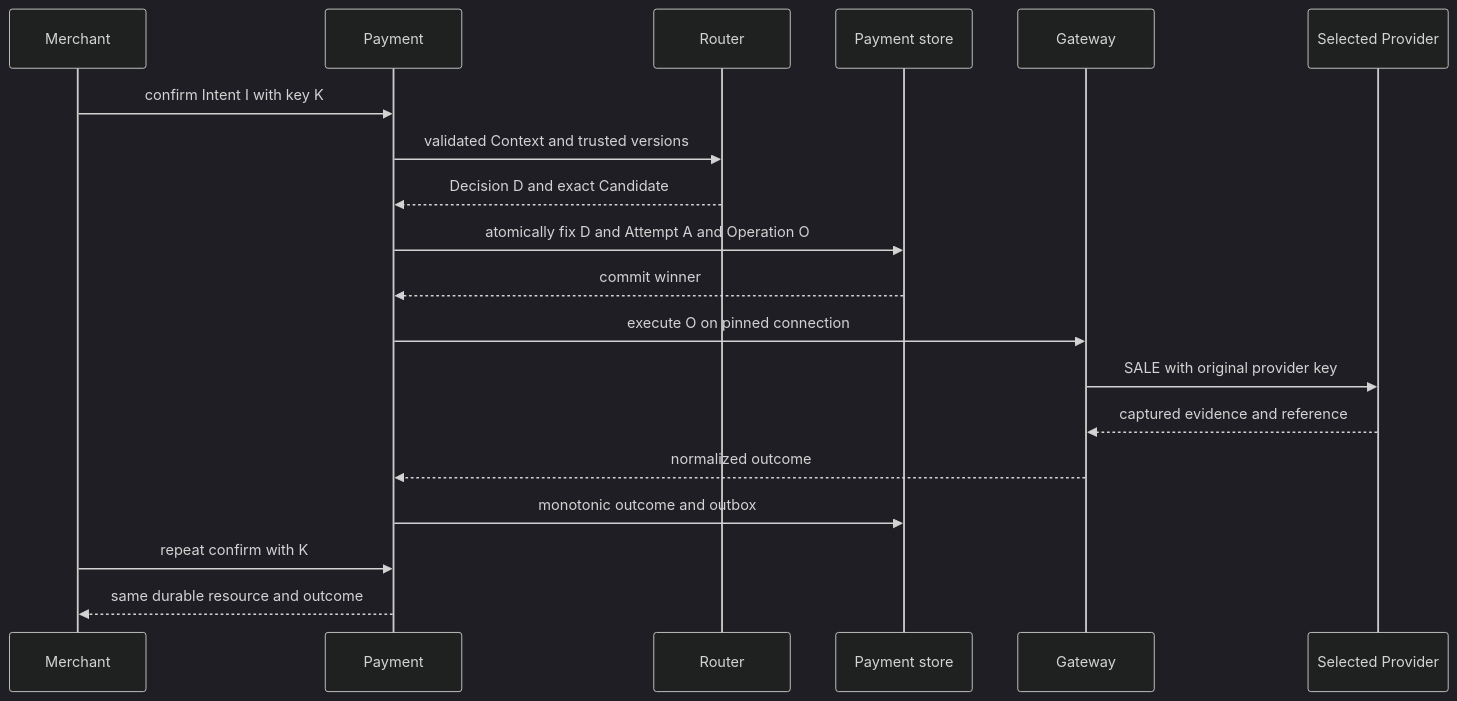
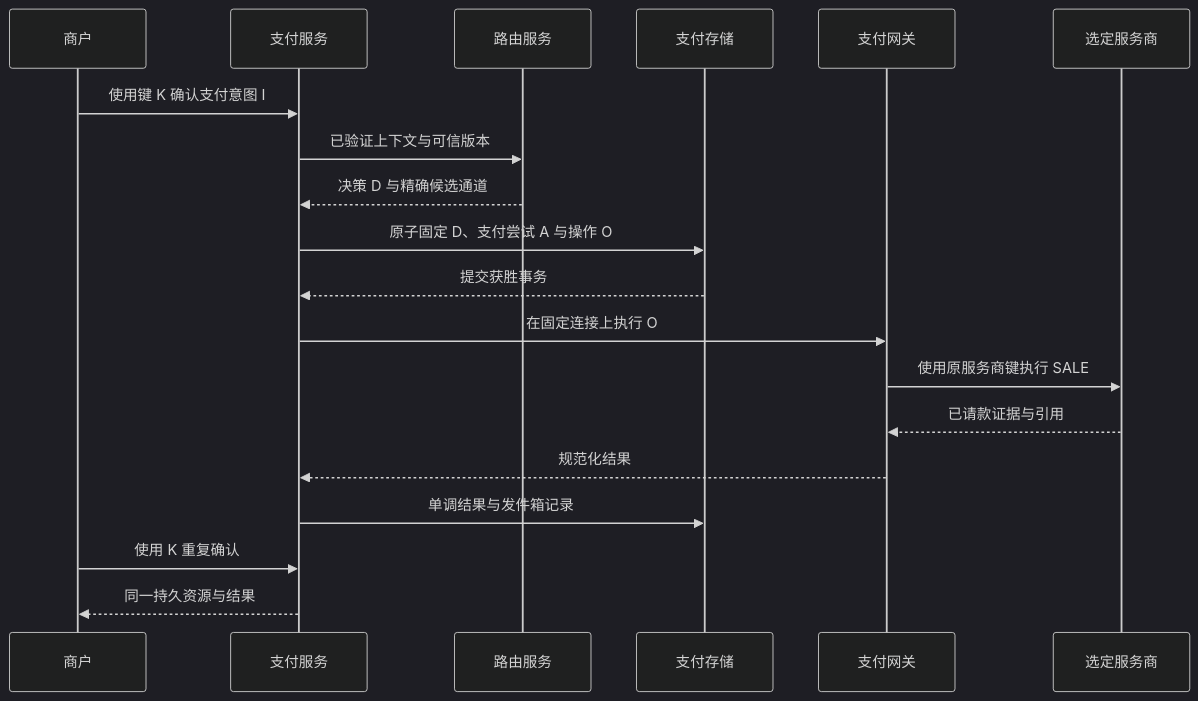
The second of 5 diagrams in part-6-case-study/global-payment-routing-platform.md (YouEclipse/Designing-Modern-Payment-Systems), drawn with Mermaid (dark theme) before and after one commit. The commit also changed other lines of this file and 59 other files, not shown here.

````diff
--- a/part-6-case-study/global-payment-routing-platform.md
+++ b/part-6-case-study/global-payment-routing-platform.md
@@ -287,21 +287,21 @@
 ```mermaid
 sequenceDiagram
-    participant M as Merchant
-    participant P as Payment
-    participant R as Router
-    participant DB as Payment store
-    participant G as Gateway
-    participant PSP as Selected Provider
-    M->>P: confirm Intent I with key K
-    P->>R: validated Context and trusted versions
-    R-->>P: Decision D and exact Candidate
-    P->>DB: atomically fix D and Attempt A and Operation O
-    DB-->>P: commit winner
-    P->>G: execute O on pinned connection
-    G->>PSP: SALE with original provider key
-    PSP-->>G: captured evidence and reference
-    G-->>P: normalized outcome
-    P->>DB: monotonic outcome and outbox
-    M->>P: repeat confirm with K
-    P-->>M: same durable resource and outcome
+    participant M as 商户
+    participant P as 支付服务
+    participant R as 路由服务
+    participant DB as 支付存储
+    participant G as 支付网关
+    participant PSP as 选定服务商
+    M->>P: 使用键 K 确认支付意图 I
+    P->>R: 已验证上下文与可信版本
+    R-->>P: 决策 D 与精确候选通道
+    P->>DB: 原子固定 D、支付尝试 A 与操作 O
+    DB-->>P: 提交获胜事务
+    P->>G: 在固定连接上执行 O
+    G->>PSP: 使用原服务商键执行 SALE
+    PSP-->>G: 已请款证据与引用
+    G-->>P: 规范化结果
+    P->>DB: 单调结果与发件箱记录
+    M->>P: 使用 K 重复确认
+    P-->>M: 同一持久资源与结果
 ```
````
